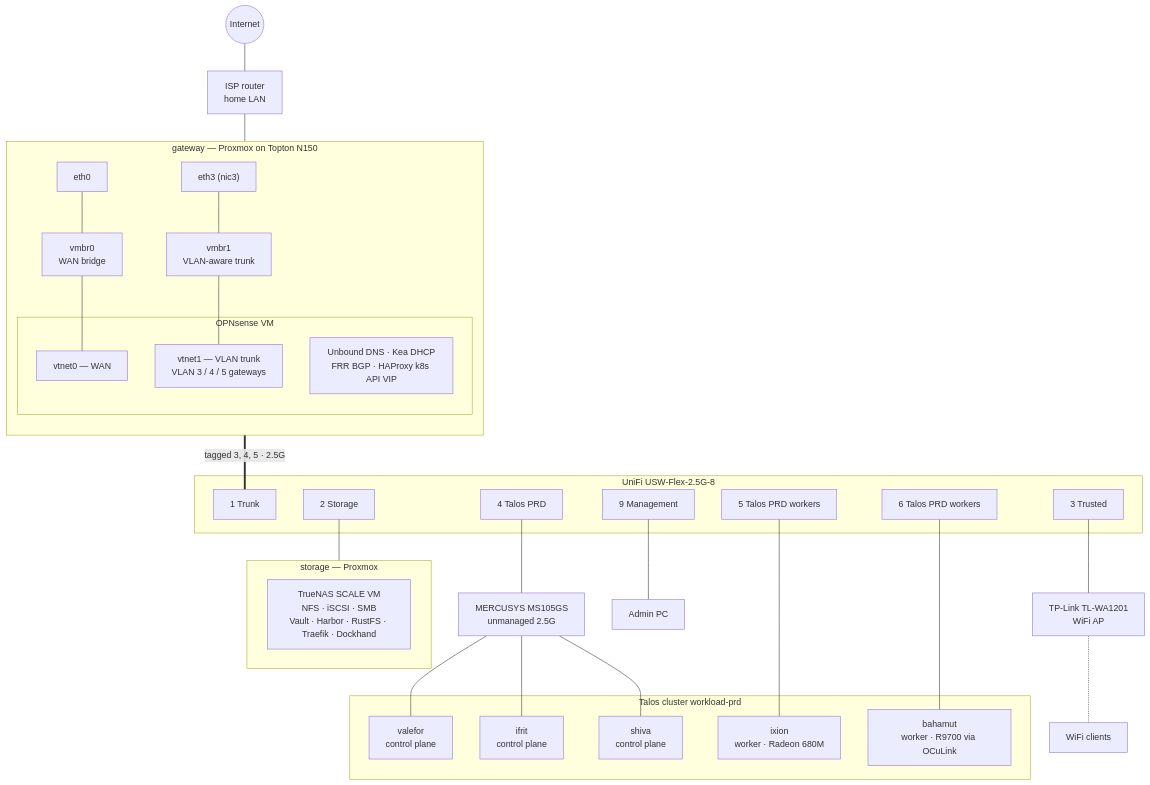
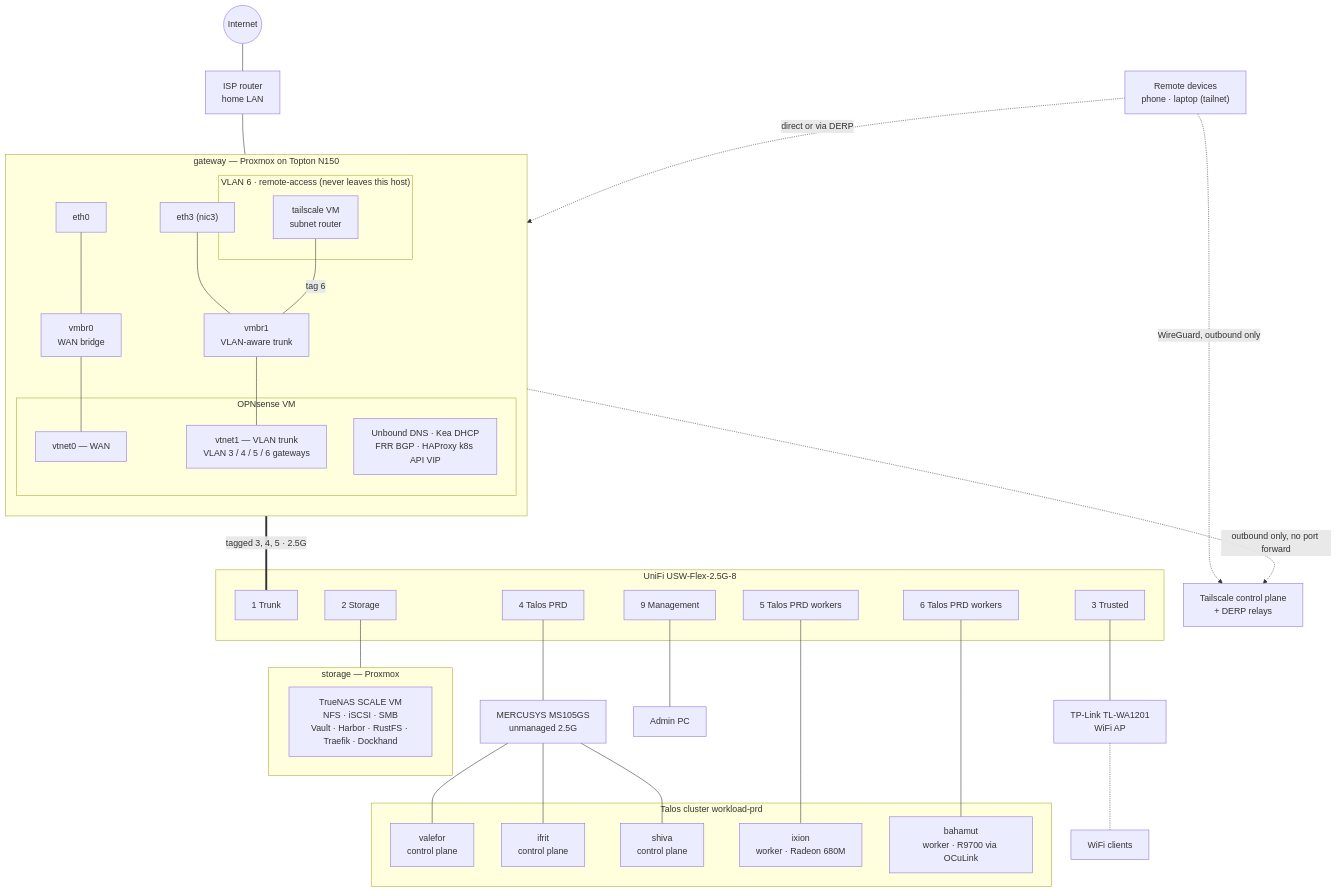
Before and after one commit to yuriy-kovalchuk/Homelab: the diagram in docs/NETWORK.md, drawn with Mermaid. The commit also changed other lines of this file and 20 other files, not shown here.

````diff
--- a/docs/NETWORK.md
+++ b/docs/NETWORK.md
@@ -9,60 +9,70 @@
 ```mermaid
 flowchart TB
     internet((Internet))
+    tsctl["Tailscale control plane<br/>+ DERP relays"]
+    remote["Remote devices<br/>phone · laptop (tailnet)"]
     isp["ISP router<br/>home LAN"]
 
     subgraph gw["gateway — Proxmox on Topton N150"]
         direction TB
         eth0["eth0"]
         eth3["eth3 (nic3)"]
         vmbr0["vmbr0<br/>WAN bridge"]
         vmbr1["vmbr1<br/>VLAN-aware trunk"]
         subgraph opn["OPNsense VM"]
             wan["vtnet0 — WAN"]
-            lan["vtnet1 — VLAN trunk<br/>VLAN 3 / 4 / 5 gateways"]
+            lan["vtnet1 — VLAN trunk<br/>VLAN 3 / 4 / 5 / 6 gateways"]
             svc["Unbound DNS · Kea DHCP<br/>FRR BGP · HAProxy k8s API VIP"]
+        end
+        subgraph v6["VLAN 6 · remote-access (never leaves this host)"]
+            ts["tailscale VM<br/>subnet router"]
         end
         eth0 --- vmbr0 --- wan
         eth3 --- vmbr1 --- lan
+        ts ---|"tag 6"| vmbr1
     end
 
     subgraph sw["UniFi USW-Flex-2.5G-8"]
         p1["1 Trunk"]
         p2["2 Storage"]
         p3["3 Trusted"]
         p4["4 Talos PRD"]
         p5["5 Talos PRD workers"]
         p6["6 Talos PRD workers"]
         p9["9 Management"]
     end
 
     subgraph storage["storage — Proxmox"]
         truenas["TrueNAS SCALE VM<br/>NFS · iSCSI · SMB<br/>Vault · Harbor · RustFS · Traefik · Dockhand"]
     end
 
     ap["TP-Link TL-WA1201<br/>WiFi AP"]
     wifi["WiFi clients"]
     pc["Admin PC"]
 
     mercusys["MERCUSYS MS105GS<br/>unmanaged 2.5G"]
 
     subgraph k8s["Talos cluster workload-prd"]
         valefor["valefor<br/>control plane"]
         ifrit["ifrit<br/>control plane"]
         shiva["shiva<br/>control plane"]
         ixion["ixion<br/>worker · Radeon 680M"]
         bahamut["bahamut<br/>worker · R9700 via OCuLink"]
     end
 
     internet --- isp --- eth0
     eth3 ===|"tagged 3, 4, 5 · 2.5G"| p1
     p2 --- storage
     p3 --- ap -.- wifi
     p9 --- pc
     p4 --- mercusys
     mercusys --- valefor
     mercusys --- ifrit
     mercusys --- shiva
     p5 --- ixion
     p6 --- bahamut
+
+    remote -.->|"WireGuard, outbound only"| tsctl
+    ts -.->|"outbound only, no port forward"| tsctl
+    remote -.->|"direct or via DERP"| ts
 ```
````
